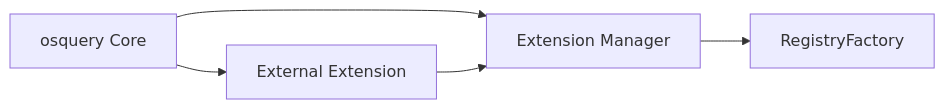
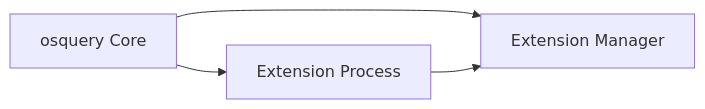
One commit to flamingo-stack/osquery changed the seventh of 8 diagrams in docs/reference/architecture/README.md. Above: the diagram before and after it, drawn with Mermaid. The commit also changed other lines of this file and 388 other files, not shown here.

````diff
--- a/docs/reference/architecture/README.md
+++ b/docs/reference/architecture/README.md
@@ -255,7 +240,6 @@
 ```mermaid
 flowchart LR
     Core["osquery Core"] --> Manager["Extension Manager"]
-    Extension["External Extension"] --> Manager
-    Manager --> Registry["RegistryFactory"]
+    Extension["Extension Process"] --> Manager
     Core --> Extension
 ```
````
